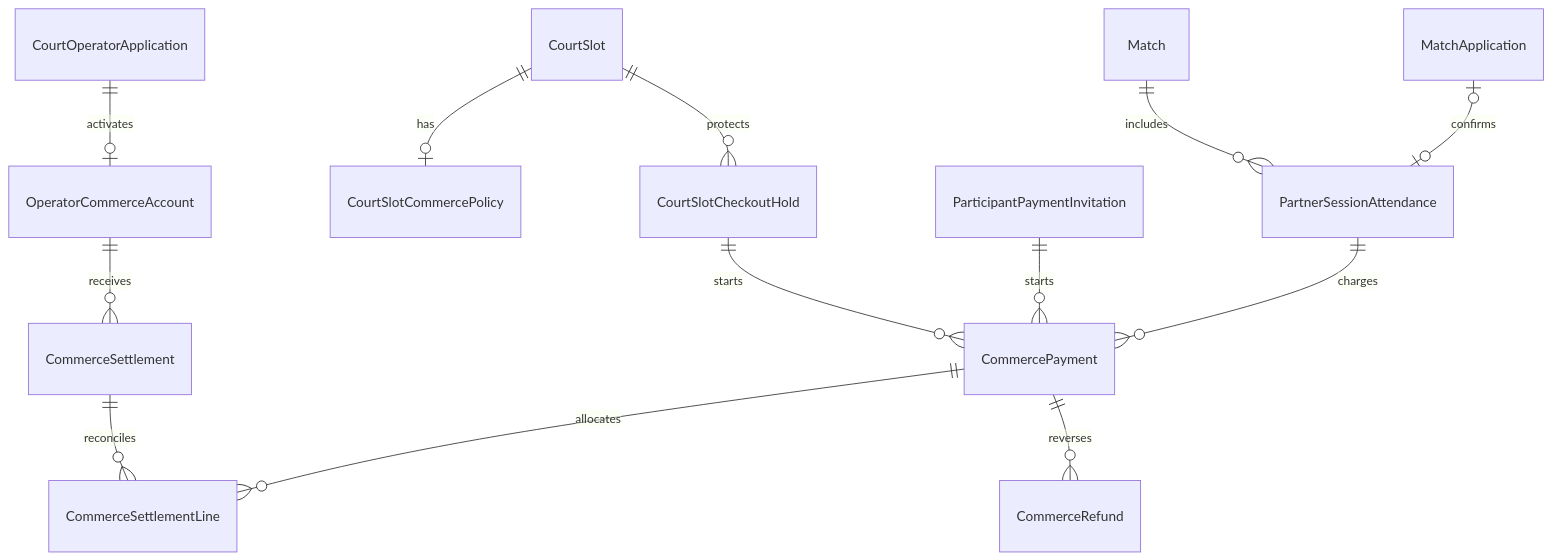
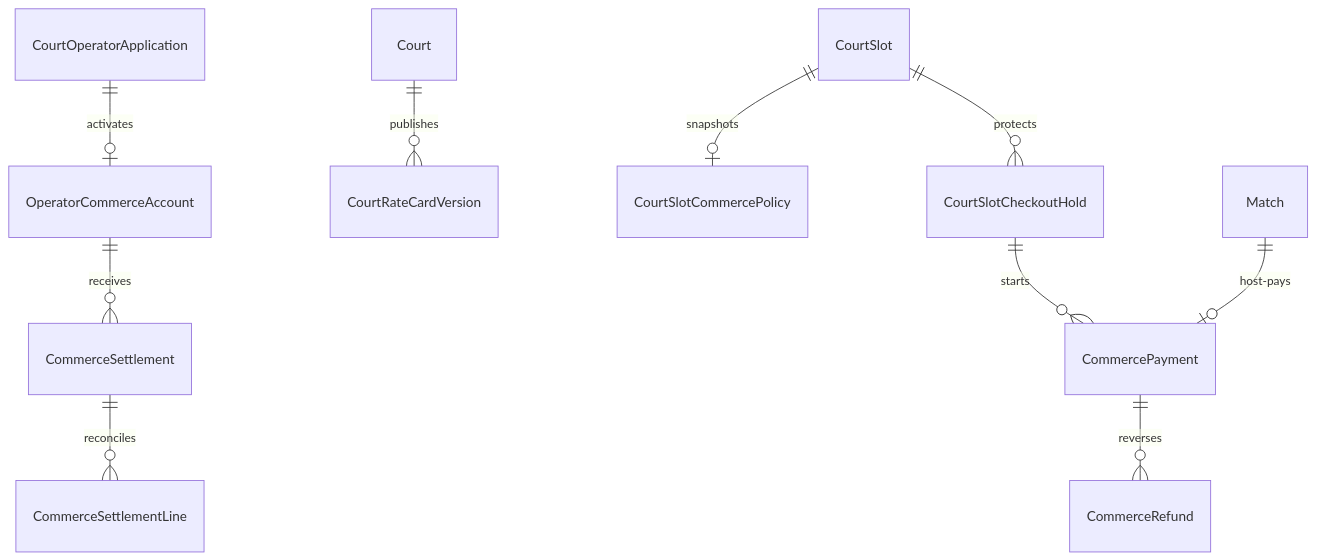
The second of 2 diagrams in docs/07-court-commerce-design.md (jsl0319/tennis-mate), drawn with Mermaid before and after one commit. The commit also changed other lines of this file and 10 other files, not shown here.

Commit message:
docs: define host-paid court commerce policy

````diff
--- a/docs/07-court-commerce-design.md
+++ b/docs/07-court-commerce-design.md
@@ -191,15 +196,12 @@
 ```mermaid
 erDiagram
     CourtOperatorApplication ||--o| OperatorCommerceAccount : activates
-    CourtSlot ||--o| CourtSlotCommercePolicy : has
+    Court ||--o{ CourtRateCardVersion : publishes
+    CourtSlot ||--o| CourtSlotCommercePolicy : snapshots
     CourtSlot ||--o{ CourtSlotCheckoutHold : protects
-    Match ||--o{ PartnerSessionAttendance : includes
-    MatchApplication o|--o| PartnerSessionAttendance : confirms
     CourtSlotCheckoutHold ||--o{ CommercePayment : starts
-    ParticipantPaymentInvitation ||--o{ CommercePayment : starts
-    PartnerSessionAttendance ||--o{ CommercePayment : charges
+    Match ||--o| CommercePayment : host-pays
     CommercePayment ||--o{ CommerceRefund : reverses
     OperatorCommerceAccount ||--o{ CommerceSettlement : receives
     CommerceSettlement ||--o{ CommerceSettlementLine : reconciles
-    CommercePayment ||--o{ CommerceSettlementLine : allocates
 ```
````
